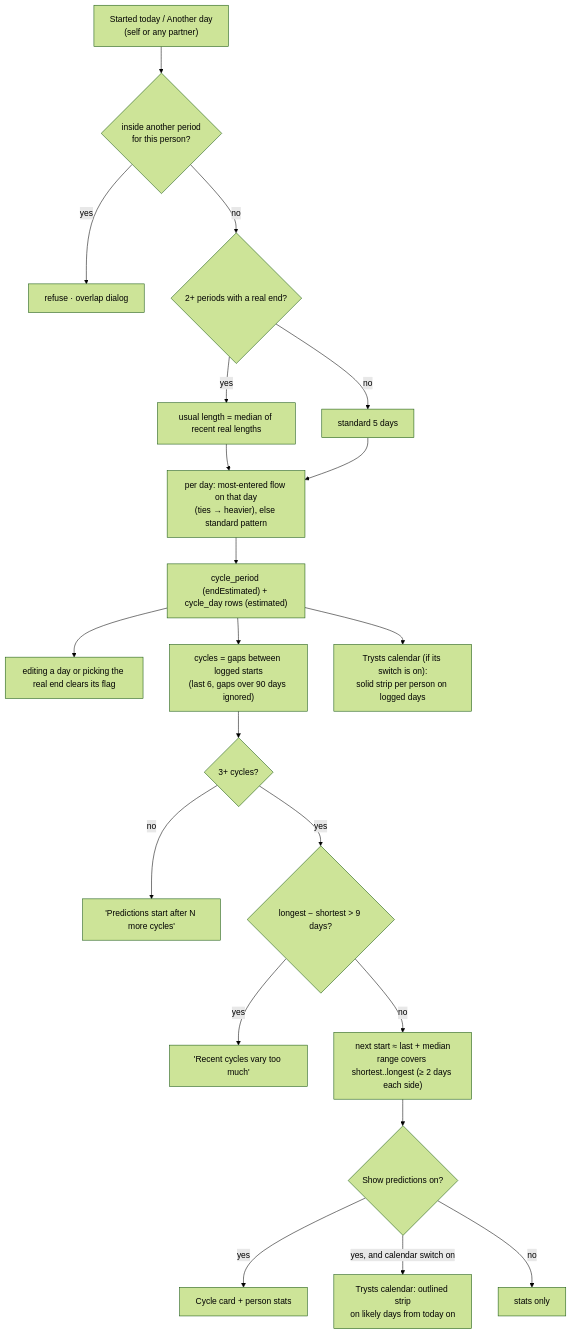
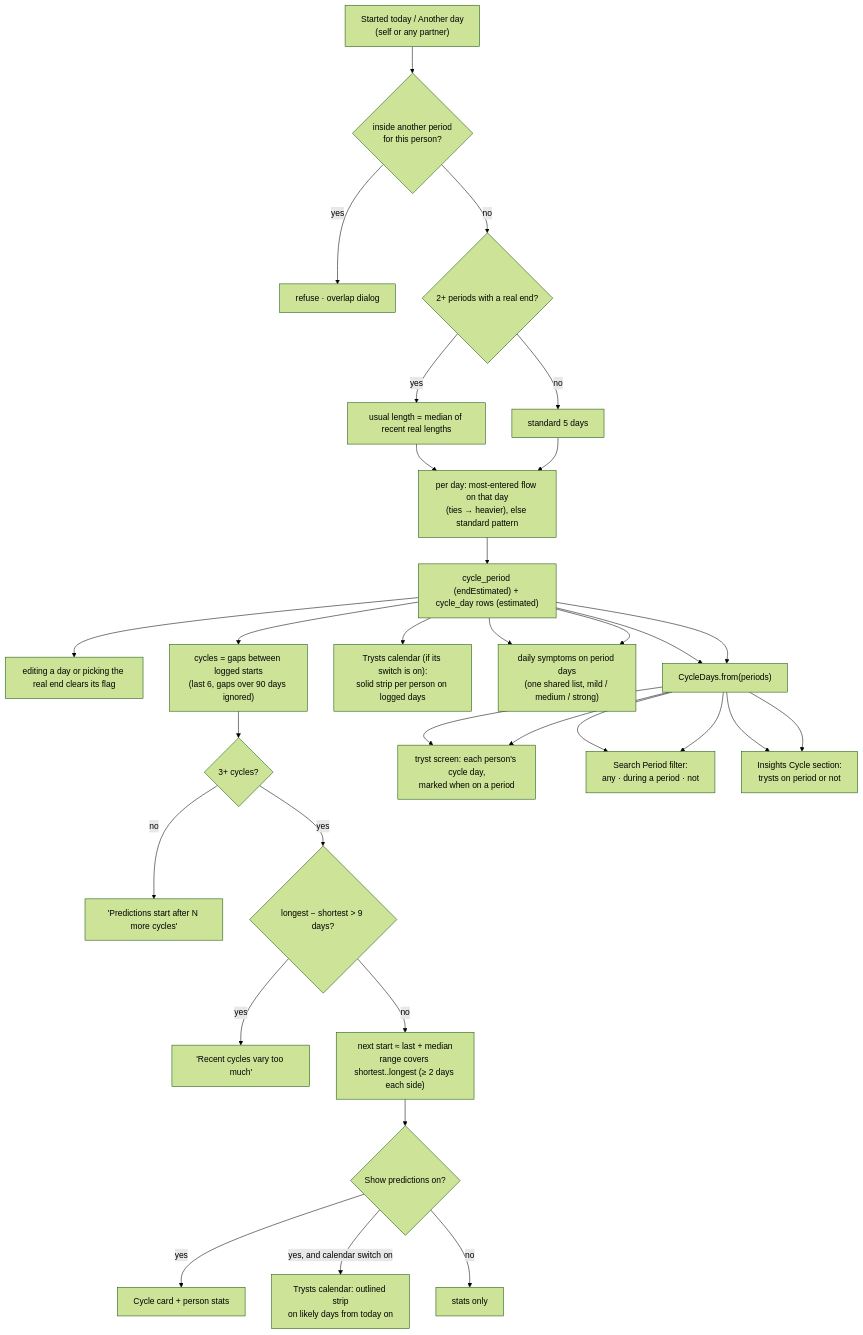
The tenth of 10 diagrams in docs/FLOWCHARTS.md (herbiewalker/tryst), drawn with Mermaid (forest theme) before and after one commit. The commit also changed other lines of this file and 11 other files, not shown here.

````diff
--- a/docs/FLOWCHARTS.md
+++ b/docs/FLOWCHARTS.md
@@ -243,24 +249,34 @@
 ```mermaid
 flowchart TD
     TAP["Started today / Another day<br/>(self or any partner)"] --> OV{"inside another period<br/>for this person?"}
     OV -->|yes| REF["refuse · overlap dialog"]
     OV -->|no| LEN{"2+ periods with a real end?"}
     LEN -->|yes| MED["usual length = median of recent real lengths"]
     LEN -->|no| STD["standard 5 days"]
     MED --> FLOW["per day: most-entered flow on that day<br/>(ties → heavier), else standard pattern"]
     STD --> FLOW
     FLOW --> SAVE["cycle_period (endEstimated) + cycle_day rows (estimated)"]
     SAVE --> EDIT["editing a day or picking the real end clears its flag"]
 
     SAVE --> GAPS["cycles = gaps between logged starts<br/>(last 6, gaps over 90 days ignored)"]
     GAPS --> N{"3+ cycles?"}
     N -->|no| NEED["'Predictions start after N more cycles'"]
     N -->|yes| SPR{"longest − shortest > 9 days?"}
     SPR -->|yes| IRR["'Recent cycles vary too much'"]
     SPR -->|no| RANGE["next start ≈ last + median<br/>range covers shortest..longest (≥ 2 days each side)"]
     RANGE --> SHOW{"Show predictions on?"}
     SHOW -->|yes| UI["Cycle card + person stats"]
     SHOW -->|yes, and calendar switch on| CAL["Trysts calendar: outlined strip<br/>on likely days from today on"]
     SAVE --> LOGCAL["Trysts calendar (if its switch is on):<br/>solid strip per person on logged days"]
     SHOW -->|no| HIDE["stats only"]
+    SAVE --> SYM["daily symptoms on period days<br/>(one shared list, mild / medium / strong)"]
+    SAVE --> CD["CycleDays.from(periods)"]
+    CD --> TRY["tryst screen: each person's cycle day,<br/>marked when on a period"]
+    CD --> FIL["Search Period filter:<br/>any · during a period · not"]
+    CD --> INS2["Insights Cycle section:<br/>trysts on period or not"]
+    SAVE --> SYM["daily symptoms on period days<br/>(one shared list, mild / medium / strong)"]
+    SAVE --> CD["CycleDays.from(periods)"]
+    CD --> TRY["tryst screen: each person's cycle day,<br/>marked when on a period"]
+    CD --> FIL["Search Period filter:<br/>any · during a period · not"]
+    CD --> INS2["Insights Cycle section:<br/>trysts on period or not"]
 ```
````
